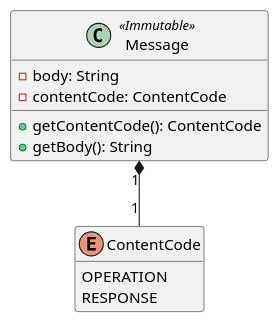
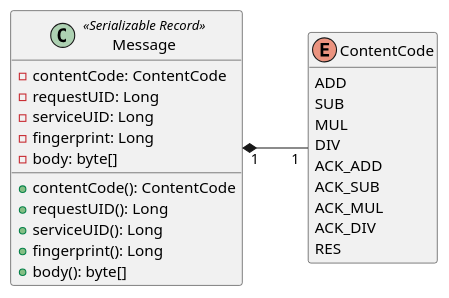
One commit to brunocu/adsoa-calculator changed the diagram in docs/plantuml/message.puml. Above: the diagram before and after it, drawn with PlantUML. The commit also changed 7 other files, not shown here.

```diff
--- a/docs/plantuml/message.puml
+++ b/docs/plantuml/message.puml
@@ -1,19 +1,32 @@
 @startuml message
 'class diagram
-' top to bottom direction
+left to right direction
 skinparam linetype ortho
 
 enum ContentCode {
-  OPERATION
-  RESPONSE
+  ADD
+  SUB
+  MUL
+  DIV
+  ACK_ADD
+  ACK_SUB
+  ACK_MUL
+  ACK_DIV
+  RES
 }
 hide ContentCode methods
-class Message <<Immutable>> {
-  - body: String
+class Message <<Serializable Record>> {
   - contentCode: ContentCode
-  + getContentCode(): ContentCode
-  + getBody(): String
+  - requestUID: Long
+  - serviceUID: Long
+  - fingerprint: Long
+  - body: byte[]
+  + contentCode(): ContentCode
+  + requestUID(): Long
+  + serviceUID(): Long
+  + fingerprint(): Long
+  + body(): byte[]
 }
 
 Message     "1" *-- "1" ContentCode
 @enduml
```
